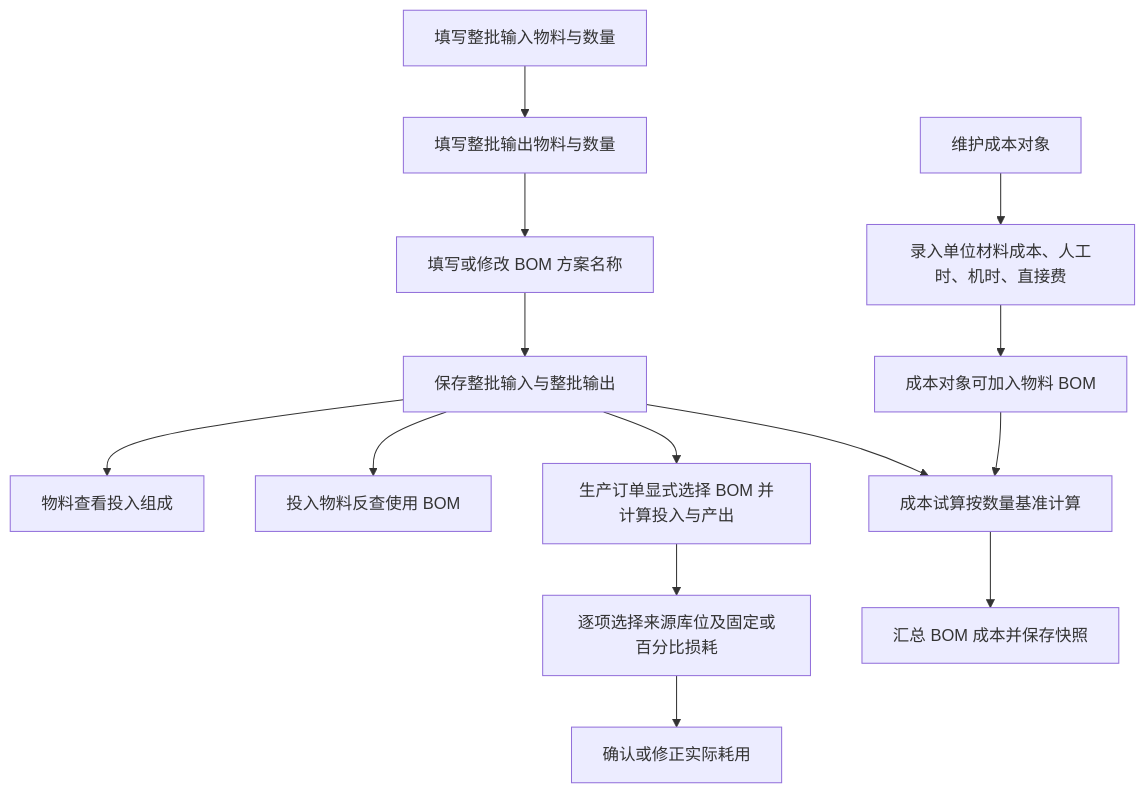
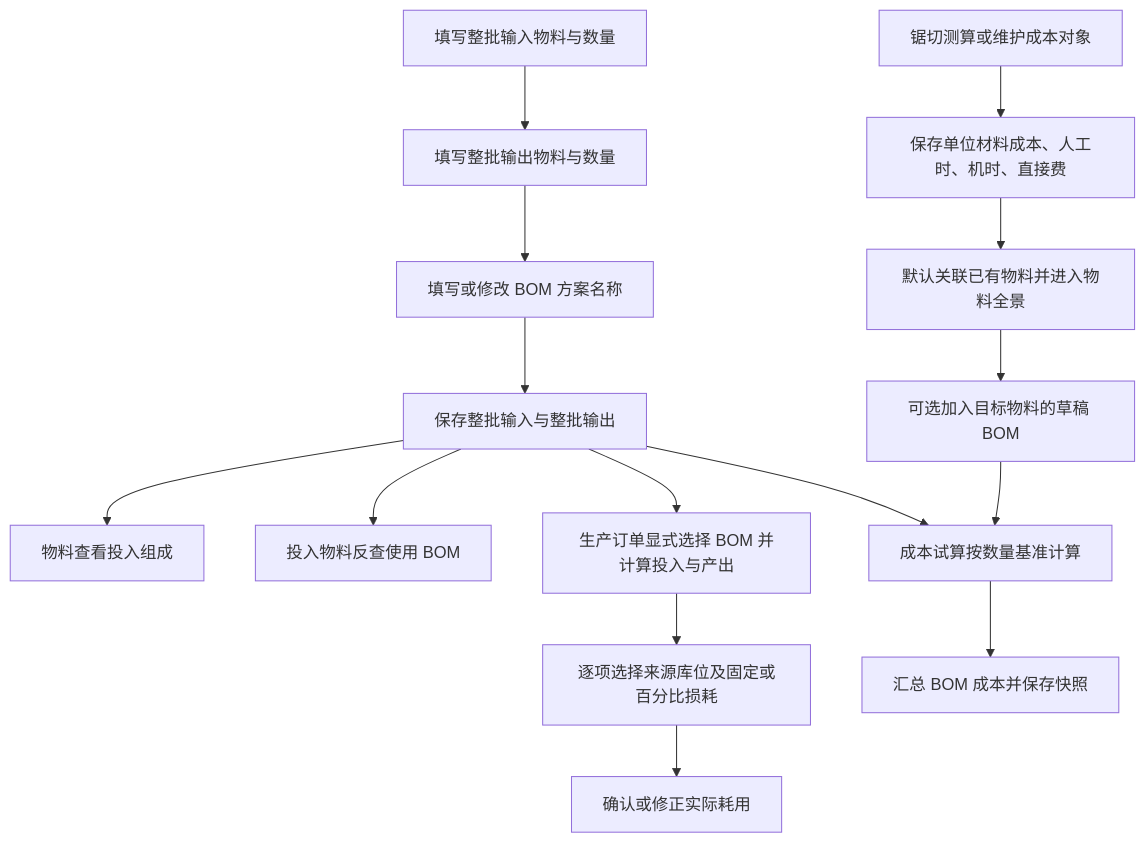
One commit to goldf2/mes-lite changed diagram 14 of 18 in docs/minierp/system-function-flow.md. Above: the diagram before and after it, drawn with Mermaid. The commit also changed other lines of this file and 32 other files, not shown here.

````diff
--- a/docs/minierp/system-function-flow.md
+++ b/docs/minierp/system-function-flow.md
@@ -493,16 +493,17 @@
 ```mermaid
 flowchart TD
   A["填写整批输入物料与数量"] --> B["填写整批输出物料与数量"]
   B --> V["填写或修改 BOM 方案名称"]
   V --> D["保存整批输入与整批输出"]
   D --> E["物料查看投入组成"]
   D --> F["投入物料反查使用 BOM"]
   D --> G["成本试算按数量基准计算"]
   D --> P["生产订单显式选择 BOM 并计算投入与产出"]
   P --> L["逐项选择来源库位及固定或百分比损耗"]
   L --> M["确认或修正实际耗用"]
-  H["维护成本对象"] --> I["录入单位材料成本、人工时、机时、直接费"]
-  I --> J["成本对象可加入物料 BOM"]
+  H["锯切测算或维护成本对象"] --> I["保存单位材料成本、人工时、机时、直接费"]
+  I --> IA["默认关联已有物料并进入物料全景"]
+  IA --> J["可选加入目标物料的草稿 BOM"]
   J --> G
   G --> K["汇总 BOM 成本并保存快照"]
 ```
````
